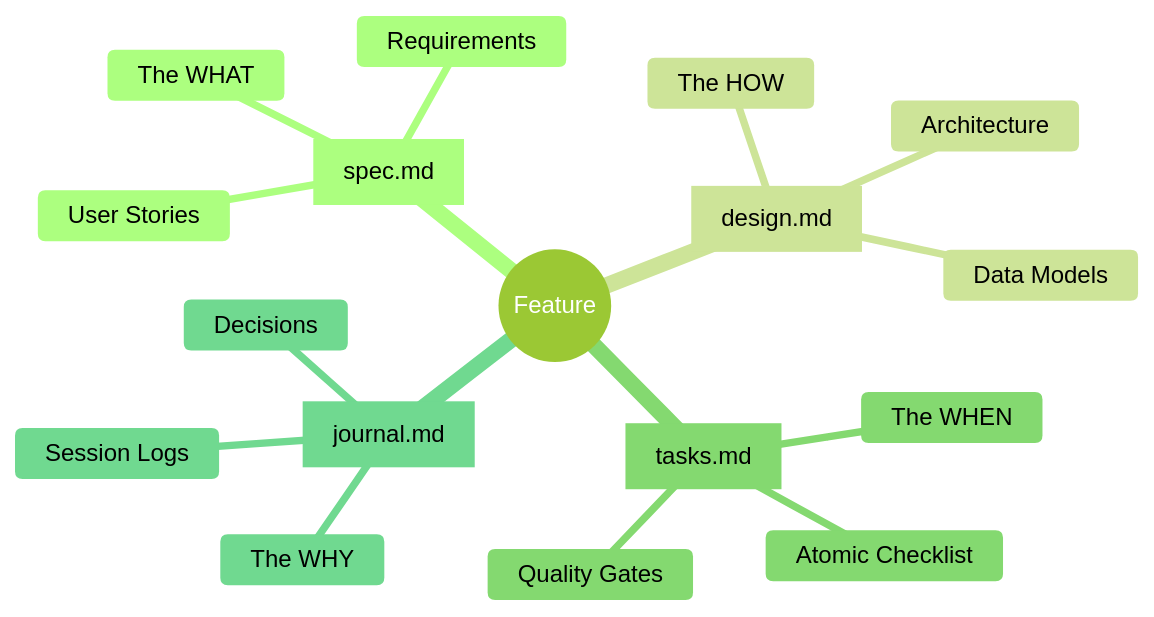
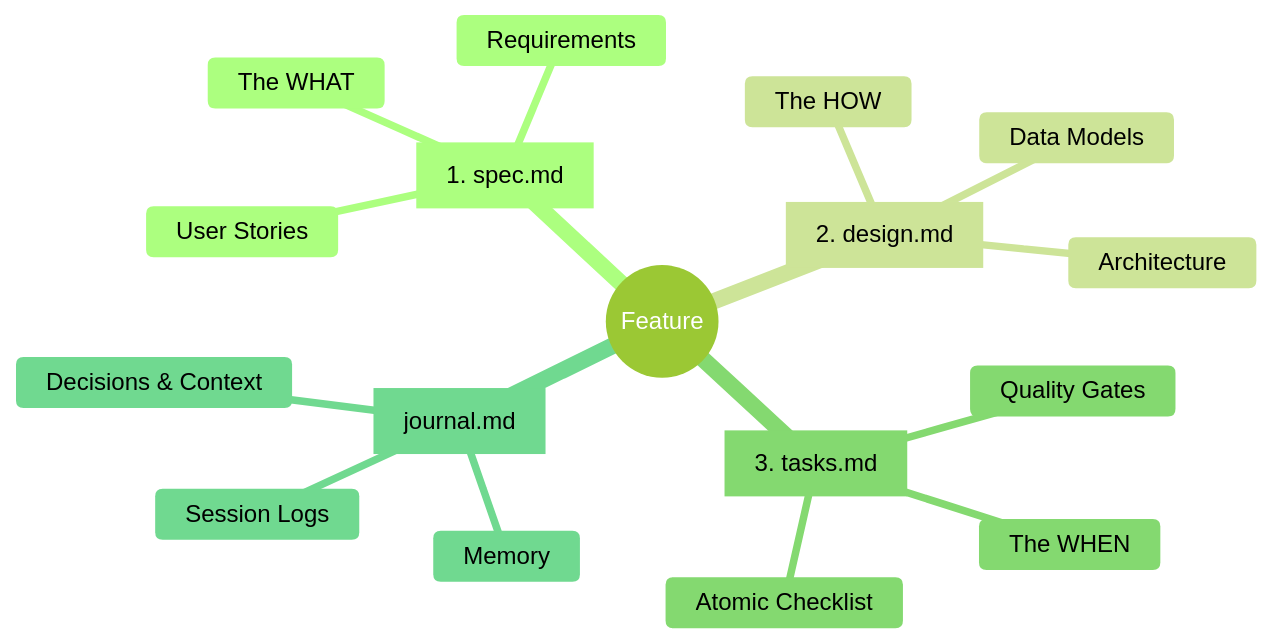
One commit to rixrix/afx changed the seventh of 9 diagrams in README.md. Above: the diagram before and after it, drawn with Mermaid (forest theme). The commit also changed other lines of this file, not shown here.

````diff
--- a/README.md
+++ b/README.md
@@ -194,20 +194,20 @@
 ```mermaid
 mindmap
   root((Feature))
-    spec_md["spec.md"]
+    spec_md["1. spec.md"]
       The WHAT
       Requirements
       User Stories
-    design_md["design.md"]
+    design_md["2. design.md"]
       The HOW
       Architecture
       Data Models
-    tasks_md["tasks.md"]
+    tasks_md["3. tasks.md"]
       The WHEN
       Atomic Checklist
       Quality Gates
     journal_md["journal.md"]
-      The WHY
+      Memory
       Session Logs
-      Decisions
+      Decisions & Context
 ```
````
